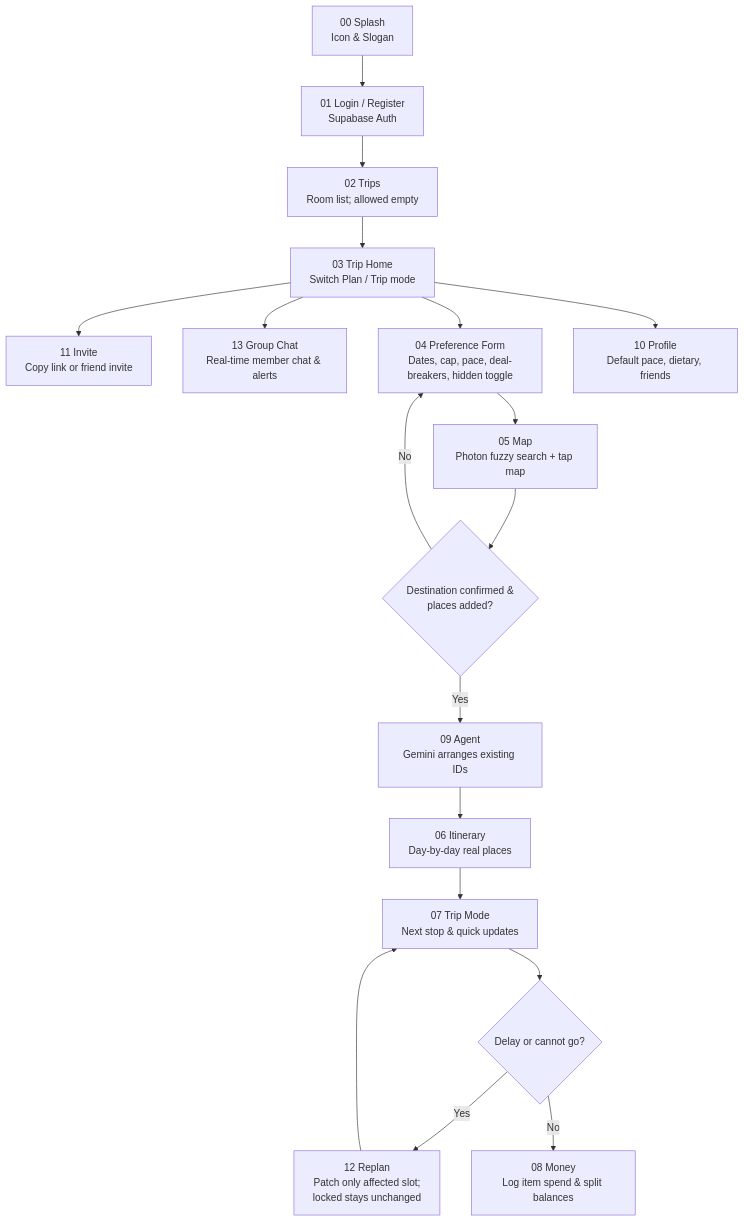
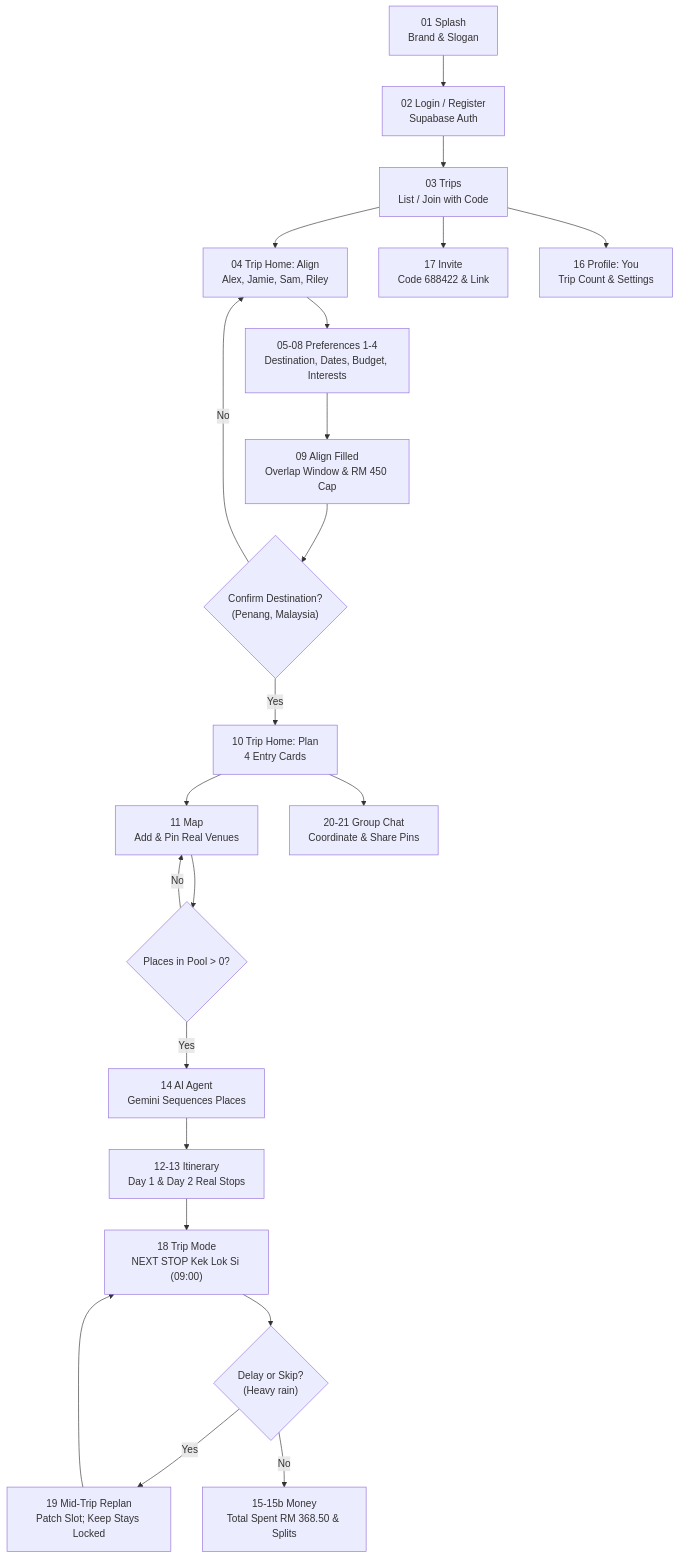
Before and after one commit to nlzce/We-are-the-champions_Plan-B: diagram 11 of 15 in README.md, drawn with Mermaid. The commit also changed other lines of this file, not shown here.

Commit message:
docs: align README structure, key screens, and user flow exactly with Figma UI design

````diff
--- a/README.md
+++ b/README.md
@@ -473,20 +483,24 @@
 ```mermaid
 flowchart TD
-  S00["00 Splash<br/>Icon & Slogan"] --> S01["01 Login / Register<br/>Supabase Auth"]
-  S01 --> S02["02 Trips<br/>Room list; allowed empty"]
-  S02 --> S03["03 Trip Home<br/>Switch Plan / Trip mode"]
-  S03 --> S11["11 Invite<br/>Copy link or friend invite"]
-  S03 --> S13["13 Group Chat<br/>Real-time member chat & alerts"]
-  S03 --> S04["04 Preference Form<br/>Dates, cap, pace, deal-breakers, hidden toggle"]
-  S04 --> S05["05 Map<br/>Photon fuzzy search + tap map"]
-  S05 --> AlignChk{"Destination confirmed &<br/>places added?"}
-  AlignChk -->|No| S04
-  AlignChk -->|Yes| S09["09 Agent<br/>Gemini arranges existing IDs"]
-  S09 --> S06["06 Itinerary<br/>Day-by-day real places"]
-  S06 --> S07["07 Trip Mode<br/>Next stop & quick updates"]
-  S07 --> DisCheck{"Delay or cannot go?"}
-  DisCheck -->|Yes| S12["12 Replan<br/>Patch only affected slot;<br/>locked stays unchanged"]
-  S12 --> S07
-  DisCheck -->|No| S08["08 Money<br/>Log item spend & split balances"]
-  S03 --> S10["10 Profile<br/>Default pace, dietary, friends"]
+  S01["01 Splash<br/>Brand & Slogan"] --> S02["02 Login / Register<br/>Supabase Auth"]
+  S02 --> S03["03 Trips<br/>List / Join with Code"]
+  S03 --> S04["04 Trip Home: Align<br/>Alex, Jamie, Sam, Riley"]
+  S03 --> S17["17 Invite<br/>Code 688422 & Link"]
+  S04 --> S05_08["05-08 Preferences 1-4<br/>Destination, Dates, Budget, Interests"]
+  S05_08 --> S09["09 Align Filled<br/>Overlap Window & RM 450 Cap"]
+  S09 --> DestCheck{"Confirm Destination?<br/>(Penang, Malaysia)"}
+  DestCheck -->|No| S04
+  DestCheck -->|Yes| S10["10 Trip Home: Plan<br/>4 Entry Cards"]
+  S10 --> S11["11 Map<br/>Add & Pin Real Venues"]
+  S10 --> S20_21["20-21 Group Chat<br/>Coordinate & Share Pins"]
+  S11 --> PlaceCheck{"Places in Pool > 0?"}
+  PlaceCheck -->|No| S11
+  PlaceCheck -->|Yes| S14["14 AI Agent<br/>Gemini Sequences Places"]
+  S14 --> S12_13["12-13 Itinerary<br/>Day 1 & Day 2 Real Stops"]
+  S12_13 --> S18["18 Trip Mode<br/>NEXT STOP Kek Lok Si (09:00)"]
+  S18 --> DisCheck{"Delay or Skip?<br/>(Heavy rain)"}
+  DisCheck -->|Yes| S19["19 Mid-Trip Replan<br/>Patch Slot; Keep Stays Locked"]
+  S19 --> S18
+  DisCheck -->|No| S15["15-15b Money<br/>Total Spent RM 368.50 & Splits"]
+  S03 --> S16["16 Profile: You<br/>Trip Count & Settings"]
 ```
````
